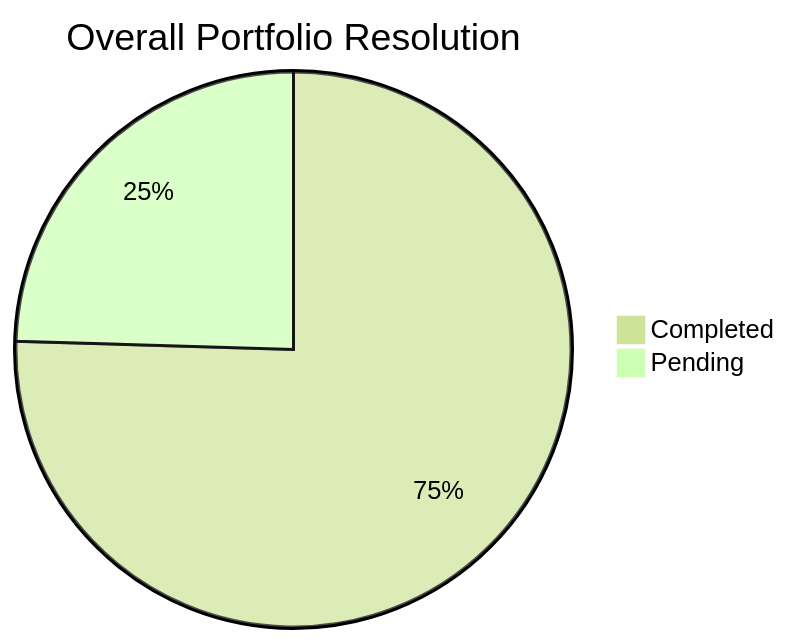
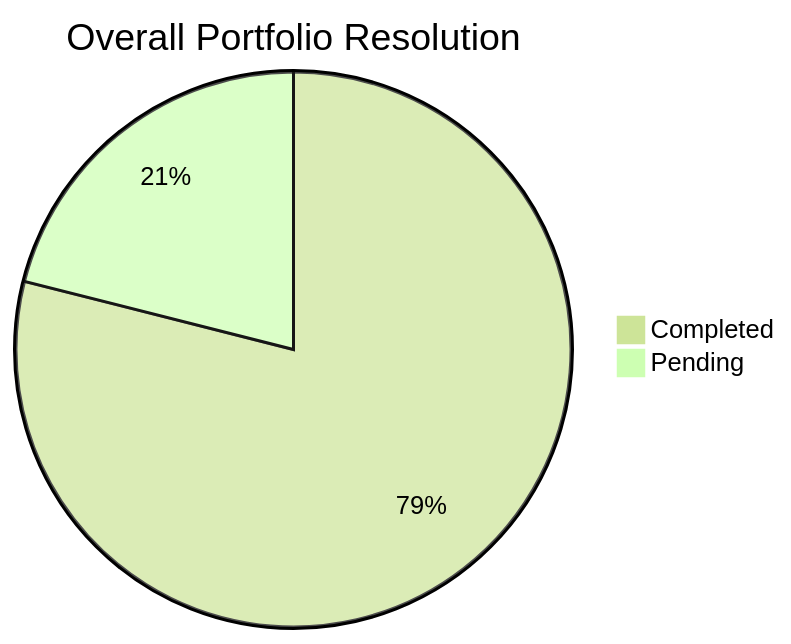
One commit to sagarms97/MyWorkDairy changed the diagram in Global_Summary.md. Above: the diagram before and after it, drawn with Mermaid (forest theme). The commit also changed other lines of this file and 4 other files, not shown here.

````diff
--- a/Global_Summary.md
+++ b/Global_Summary.md
@@ -12,5 +12,5 @@
 ```mermaid
 pie title Overall Portfolio Resolution
-    "Completed" : 40
-    "Pending" : 13
+    "Completed" : 45
+    "Pending" : 12
 ```
````
